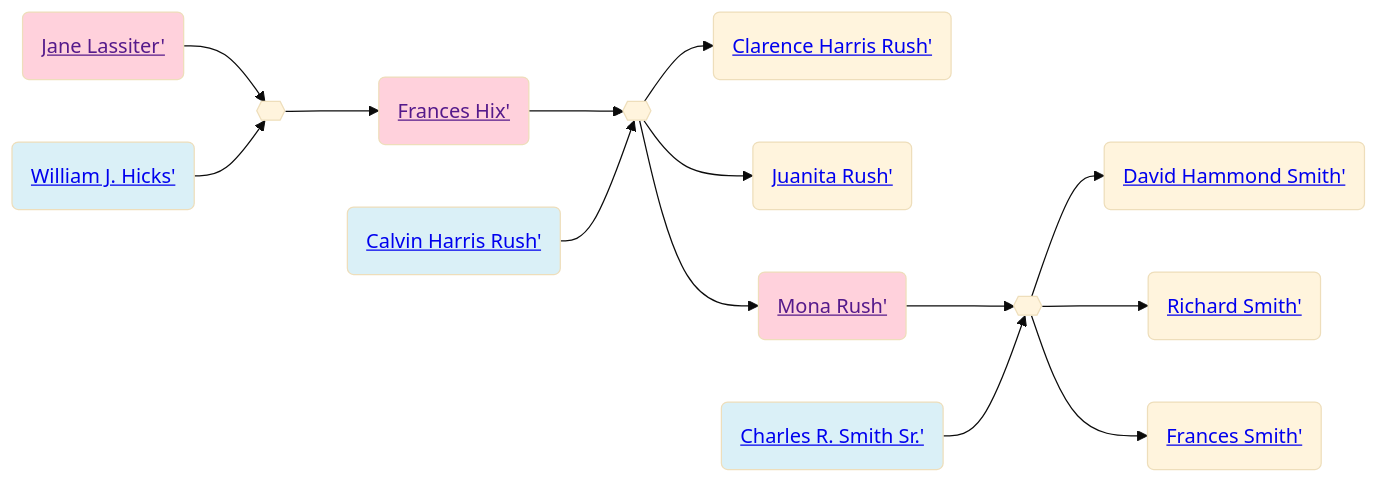
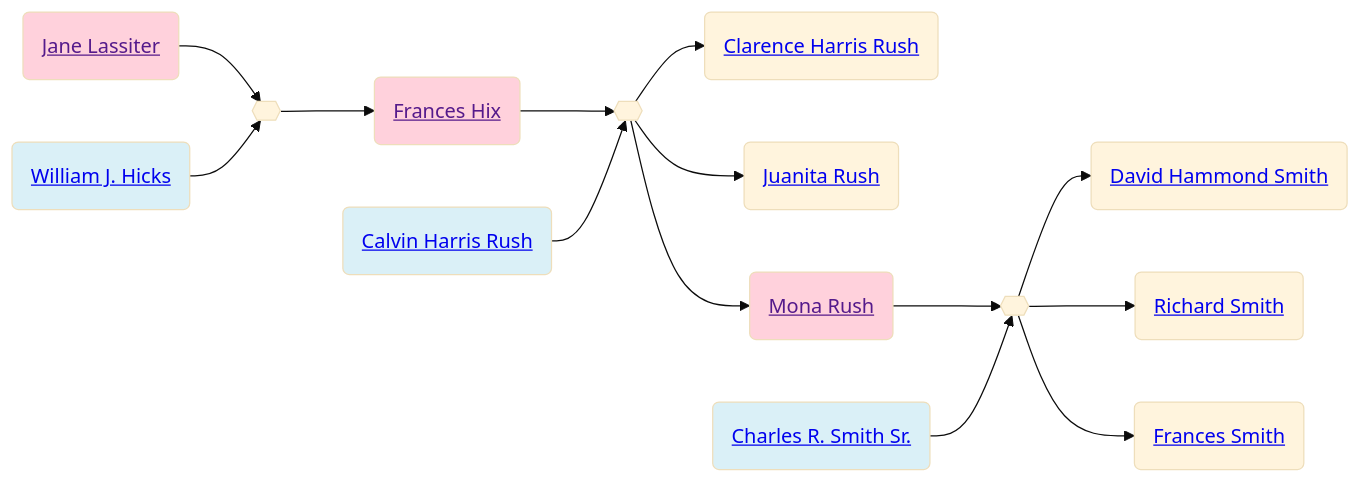
One commit to neelsmith/avocational changed the diagram in familyhistory/sources/people/Randolph_county_lines/Lassiter/Jane_Lassiter.qmd. Above: the diagram before and after it, drawn with Mermaid (base theme). The commit also changed 96 other files, not shown here.

````diff
--- a/familyhistory/sources/people/Randolph_county_lines/Lassiter/Jane_Lassiter.qmd
+++ b/familyhistory/sources/people/Randolph_county_lines/Lassiter/Jane_Lassiter.qmd
@@ -26,38 +26,38 @@
 ```{mermaid}
 graph LR
 %% LR descendant diagram
 class Jane_Lassiter_and_William_J._Hicks marriage
-Jane_Lassiter(<a href=''>Jane Lassiter'</>) --> Jane_Lassiter_and_William_J._Hicks{{ }}
-William_J._Hicks(<a href='./../Hicks/William_J._Hicks.html'>William J. Hicks'</>) --> Jane_Lassiter_and_William_J._Hicks{{ }}
+Jane_Lassiter(<a href=''>Jane Lassiter</a>) --> Jane_Lassiter_and_William_J._Hicks{{ }}
+William_J._Hicks(<a href='./../Hicks/William_J._Hicks.html'>William J. Hicks</a>) --> Jane_Lassiter_and_William_J._Hicks{{ }}
 class William_J._Hicks father
 class Jane_Lassiter mother
-Jane_Lassiter_and_William_J._Hicks{{ }} --> Frances_Hix(<a href='./../Hicks/Frances_Hix.html'>Frances Hix'</>)
+Jane_Lassiter_and_William_J._Hicks{{ }} --> Frances_Hix(<a href='./../Hicks/Frances_Hix.html'>Frances Hix</a>)
 class Frances_Hix_and_Calvin_Harris_Rush marriage
-Frances_Hix(<a href=''>Frances Hix'</>) --> Frances_Hix_and_Calvin_Harris_Rush{{ }}
-Calvin_Harris_Rush(<a href='./../../Rush-line/Calvin_Harris_Rush.html'>Calvin Harris Rush'</>) --> Frances_Hix_and_Calvin_Harris_Rush{{ }}
+Frances_Hix(<a href=''>Frances Hix</a>) --> Frances_Hix_and_Calvin_Harris_Rush{{ }}
+Calvin_Harris_Rush(<a href='./../../Rush-line/Calvin_Harris_Rush.html'>Calvin Harris Rush</a>) --> Frances_Hix_and_Calvin_Harris_Rush{{ }}
 class Calvin_Harris_Rush father
 class Frances_Hix mother
-Frances_Hix_and_Calvin_Harris_Rush{{ }} --> Clarence_Harris_Rush(<a href='./../../Rush-line/Clarence_Harris_Rush.html'>Clarence Harris Rush'</>)
+Frances_Hix_and_Calvin_Harris_Rush{{ }} --> Clarence_Harris_Rush(<a href='./../../Rush-line/Clarence_Harris_Rush.html'>Clarence Harris Rush</a>)
 class Calvin_Harris_Rush father
 class Frances_Hix mother
-Frances_Hix_and_Calvin_Harris_Rush{{ }} --> Juanita_Rush(<a href='./../../Rush-line/Juanita_Rush.html'>Juanita Rush'</>)
+Frances_Hix_and_Calvin_Harris_Rush{{ }} --> Juanita_Rush(<a href='./../../Rush-line/Juanita_Rush.html'>Juanita Rush</a>)
 class Calvin_Harris_Rush father
 class Frances_Hix mother
-Frances_Hix_and_Calvin_Harris_Rush{{ }} --> Mona_Rush(<a href='./../../Rush-line/Mona_Rush.html'>Mona Rush'</>)
+Frances_Hix_and_Calvin_Harris_Rush{{ }} --> Mona_Rush(<a href='./../../Rush-line/Mona_Rush.html'>Mona Rush</a>)
 class Mona_Rush_and_Charles_R._Smith_Sr. marriage
-Mona_Rush(<a href=''>Mona Rush'</>) --> Mona_Rush_and_Charles_R._Smith_Sr.{{ }}
-Charles_R._Smith_Sr.(<a href='./../Smith-line/Charles_R._Smith_Sr..html'>Charles R. Smith Sr.'</>) --> Mona_Rush_and_Charles_R._Smith_Sr.{{ }}
+Mona_Rush(<a href=''>Mona Rush</a>) --> Mona_Rush_and_Charles_R._Smith_Sr.{{ }}
+Charles_R._Smith_Sr.(<a href='./../Smith-line/Charles_R._Smith_Sr..html'>Charles R. Smith Sr.</a>) --> Mona_Rush_and_Charles_R._Smith_Sr.{{ }}
 class Charles_R._Smith_Sr. father
 class Mona_Rush mother
-Mona_Rush_and_Charles_R._Smith_Sr.{{ }} --> David_Hammond_Smith(<a href='./../Smith-line/David_Hammond_Smith.html'>David Hammond Smith'</>)
+Mona_Rush_and_Charles_R._Smith_Sr.{{ }} --> David_Hammond_Smith(<a href='./../Smith-line/David_Hammond_Smith.html'>David Hammond Smith</a>)
 class Charles_R._Smith_Sr. father
 class Mona_Rush mother
-Mona_Rush_and_Charles_R._Smith_Sr.{{ }} --> Richard_Smith(<a href='./../Smith-line/Richard_Smith.html'>Richard Smith'</>)
+Mona_Rush_and_Charles_R._Smith_Sr.{{ }} --> Richard_Smith(<a href='./../Smith-line/Richard_Smith.html'>Richard Smith</a>)
 class Charles_R._Smith_Sr. father
 class Mona_Rush mother
-Mona_Rush_and_Charles_R._Smith_Sr.{{ }} --> Frances_Smith(<a href='./../Smith-line/Frances_Smith.html'>Frances Smith'</>)
+Mona_Rush_and_Charles_R._Smith_Sr.{{ }} --> Frances_Smith(<a href='./../Smith-line/Frances_Smith.html'>Frances Smith</a>)
 classDef mother fill:#ffd1dc
 classDef father fill:#daf0f7  
 classDef marriage fill:#ffffff
 
 ```
````
